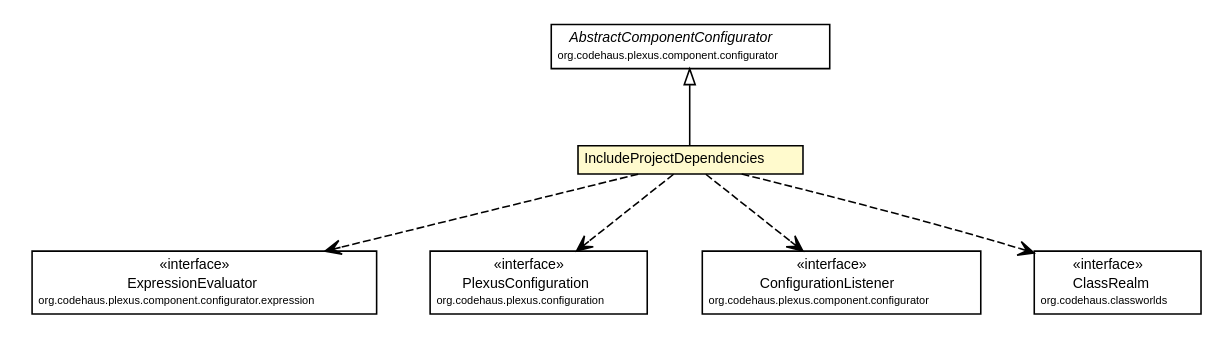
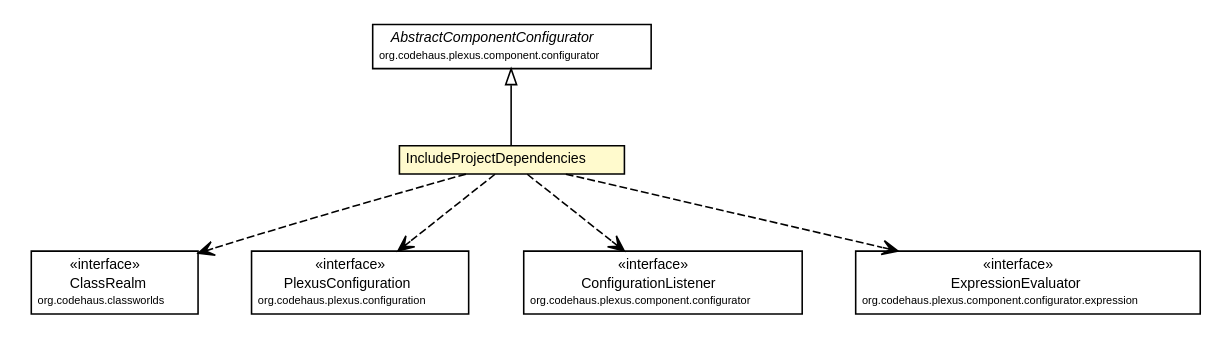
One commit to synchronoss/cpo-api changed the diagram in site/apidocs/org/synchronoss/cpo/plugin/IncludeProjectDependencies.dot. Above: the diagram before and after it, drawn with Graphviz. The commit also changed 886 other files, not shown here.

```diff
--- a/site/apidocs/org/synchronoss/cpo/plugin/IncludeProjectDependencies.dot
+++ b/site/apidocs/org/synchronoss/cpo/plugin/IncludeProjectDependencies.dot
@@ -1,65 +1,65 @@
 #!/usr/local/bin/dot
 #
 # Class diagram 
 # Generated by UmlGraph version 4.6 (http://www.spinellis.gr/sw/umlgraph)
 #
 
 digraph G {
 	edge [fontname="Helvetica",fontsize=10,labelfontname="Helvetica",labelfontsize=10];
 	node [fontname="Helvetica",fontsize=10,shape=plaintext];
 	// org.synchronoss.cpo.plugin.IncludeProjectDependencies
 	c53834 [label=<<table border="0" cellborder="1" cellspacing="0" cellpadding="2" port="p" bgcolor="lemonChiffon" href="./IncludeProjectDependencies.html">
 		<tr><td><table border="0" cellspacing="0" cellpadding="1">
 			<tr><td> IncludeProjectDependencies </td></tr>
 		</table></td></tr>
 		</table>>, fontname="Helvetica", fontcolor="black", fontsize=9.0];
 	//org.synchronoss.cpo.plugin.IncludeProjectDependencies extends org.codehaus.plexus.component.configurator.AbstractComponentConfigurator
 	c53839:p -> c53834:p [dir=back,arrowtail=empty];
+	// org.synchronoss.cpo.plugin.IncludeProjectDependencies DEPEND org.codehaus.classworlds.ClassRealm
+	c53834:p -> c53842:p [taillabel="", label="", headlabel="", fontname="Helvetica", fontcolor="black", fontsize=10.0, color="black", arrowhead=open, style=dashed];
+	// org.synchronoss.cpo.plugin.IncludeProjectDependencies DEPEND org.codehaus.plexus.configuration.PlexusConfiguration
+	c53834:p -> c53843:p [taillabel="", label="", headlabel="", fontname="Helvetica", fontcolor="black", fontsize=10.0, color="black", arrowhead=open, style=dashed];
+	// org.synchronoss.cpo.plugin.IncludeProjectDependencies DEPEND org.codehaus.plexus.component.configurator.ConfigurationListener
+	c53834:p -> c53844:p [taillabel="", label="", headlabel="", fontname="Helvetica", fontcolor="black", fontsize=10.0, color="black", arrowhead=open, style=dashed];
 	// org.synchronoss.cpo.plugin.IncludeProjectDependencies DEPEND org.codehaus.plexus.component.configurator.expression.ExpressionEvaluator
-	c53834:p -> c53840:p [taillabel="", label="", headlabel="", fontname="Helvetica", fontcolor="black", fontsize=10.0, color="black", arrowhead=open, style=dashed];
-	// org.synchronoss.cpo.plugin.IncludeProjectDependencies DEPEND org.codehaus.plexus.configuration.PlexusConfiguration
-	c53834:p -> c53841:p [taillabel="", label="", headlabel="", fontname="Helvetica", fontcolor="black", fontsize=10.0, color="black", arrowhead=open, style=dashed];
-	// org.synchronoss.cpo.plugin.IncludeProjectDependencies DEPEND org.codehaus.plexus.component.configurator.ConfigurationListener
-	c53834:p -> c53842:p [taillabel="", label="", headlabel="", fontname="Helvetica", fontcolor="black", fontsize=10.0, color="black", arrowhead=open, style=dashed];
-	// org.synchronoss.cpo.plugin.IncludeProjectDependencies DEPEND org.codehaus.classworlds.ClassRealm
 	c53834:p -> c53845:p [taillabel="", label="", headlabel="", fontname="Helvetica", fontcolor="black", fontsize=10.0, color="black", arrowhead=open, style=dashed];
 	// org.codehaus.classworlds.ClassRealm
-	c53845 [label=<<table border="0" cellborder="1" cellspacing="0" cellpadding="2" port="p" href="http://java.sun.com/j2se/1.4.2/docs/api/org/codehaus/classworlds/ClassRealm.html">
+	c53842 [label=<<table border="0" cellborder="1" cellspacing="0" cellpadding="2" port="p" href="http://java.sun.com/j2se/1.4.2/docs/api/org/codehaus/classworlds/ClassRealm.html">
 		<tr><td><table border="0" cellspacing="0" cellpadding="1">
 			<tr><td> &laquo;interface&raquo; </td></tr>
 			<tr><td> ClassRealm </td></tr>
 			<tr><td><font point-size="7.0"> org.codehaus.classworlds </font></td></tr>
 		</table></td></tr>
 		</table>>, fontname="Helvetica", fontcolor="black", fontsize=9.0];
 	// org.codehaus.plexus.component.configurator.expression.ExpressionEvaluator
-	c53840 [label=<<table border="0" cellborder="1" cellspacing="0" cellpadding="2" port="p" href="http://java.sun.com/j2se/1.4.2/docs/api/org/codehaus/plexus/component/configurator/expression/ExpressionEvaluator.html">
+	c53845 [label=<<table border="0" cellborder="1" cellspacing="0" cellpadding="2" port="p" href="http://java.sun.com/j2se/1.4.2/docs/api/org/codehaus/plexus/component/configurator/expression/ExpressionEvaluator.html">
 		<tr><td><table border="0" cellspacing="0" cellpadding="1">
 			<tr><td> &laquo;interface&raquo; </td></tr>
 			<tr><td> ExpressionEvaluator </td></tr>
 			<tr><td><font point-size="7.0"> org.codehaus.plexus.component.configurator.expression </font></td></tr>
 		</table></td></tr>
 		</table>>, fontname="Helvetica", fontcolor="black", fontsize=9.0];
 	// org.codehaus.plexus.component.configurator.AbstractComponentConfigurator
 	c53839 [label=<<table border="0" cellborder="1" cellspacing="0" cellpadding="2" port="p" href="http://java.sun.com/j2se/1.4.2/docs/api/org/codehaus/plexus/component/configurator/AbstractComponentConfigurator.html">
 		<tr><td><table border="0" cellspacing="0" cellpadding="1">
 			<tr><td><font face="Helvetica-Oblique"> AbstractComponentConfigurator </font></td></tr>
 			<tr><td><font point-size="7.0"> org.codehaus.plexus.component.configurator </font></td></tr>
 		</table></td></tr>
 		</table>>, fontname="Helvetica", fontcolor="black", fontsize=9.0];
 	// org.codehaus.plexus.component.configurator.ConfigurationListener
-	c53842 [label=<<table border="0" cellborder="1" cellspacing="0" cellpadding="2" port="p" href="http://java.sun.com/j2se/1.4.2/docs/api/org/codehaus/plexus/component/configurator/ConfigurationListener.html">
+	c53844 [label=<<table border="0" cellborder="1" cellspacing="0" cellpadding="2" port="p" href="http://java.sun.com/j2se/1.4.2/docs/api/org/codehaus/plexus/component/configurator/ConfigurationListener.html">
 		<tr><td><table border="0" cellspacing="0" cellpadding="1">
 			<tr><td> &laquo;interface&raquo; </td></tr>
 			<tr><td> ConfigurationListener </td></tr>
 			<tr><td><font point-size="7.0"> org.codehaus.plexus.component.configurator </font></td></tr>
 		</table></td></tr>
 		</table>>, fontname="Helvetica", fontcolor="black", fontsize=9.0];
 	// org.codehaus.plexus.configuration.PlexusConfiguration
-	c53841 [label=<<table border="0" cellborder="1" cellspacing="0" cellpadding="2" port="p" href="http://java.sun.com/j2se/1.4.2/docs/api/org/codehaus/plexus/configuration/PlexusConfiguration.html">
+	c53843 [label=<<table border="0" cellborder="1" cellspacing="0" cellpadding="2" port="p" href="http://java.sun.com/j2se/1.4.2/docs/api/org/codehaus/plexus/configuration/PlexusConfiguration.html">
 		<tr><td><table border="0" cellspacing="0" cellpadding="1">
 			<tr><td> &laquo;interface&raquo; </td></tr>
 			<tr><td> PlexusConfiguration </td></tr>
 			<tr><td><font point-size="7.0"> org.codehaus.plexus.configuration </font></td></tr>
 		</table></td></tr>
 		</table>>, fontname="Helvetica", fontcolor="black", fontsize=9.0];
 }
```
